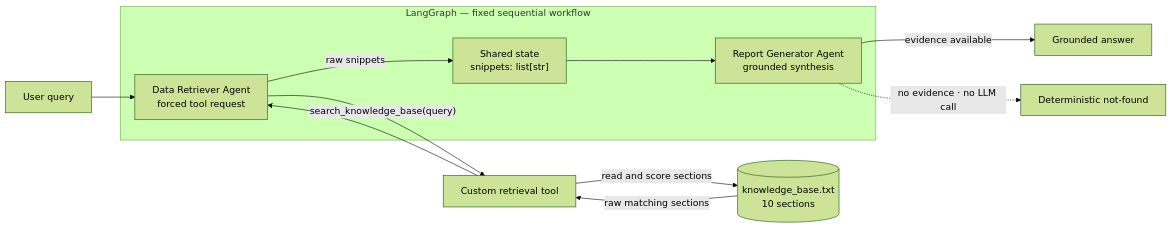
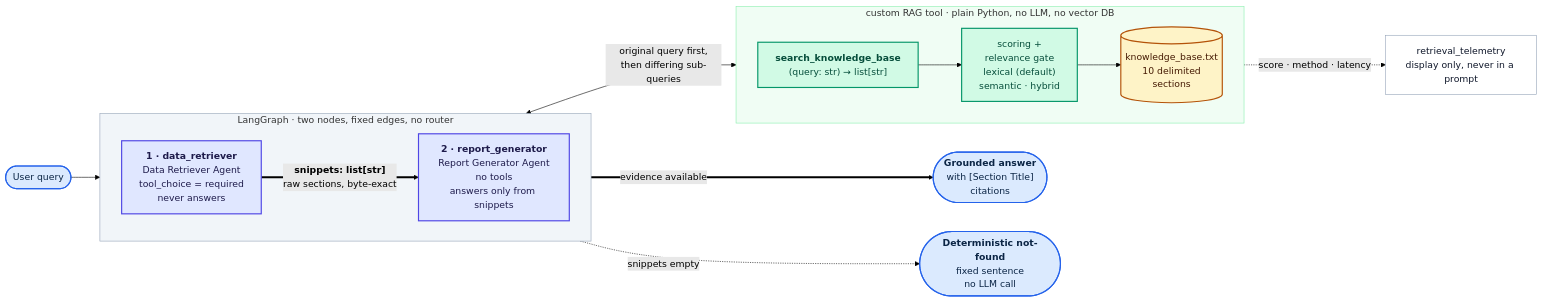
Before and after one commit to Sayomphon/Simple_Agentic_RAG: the first of 2 diagrams in README.md, drawn with Mermaid (forest theme). The commit also changed other lines of this file, not shown here.

````diff
--- a/README.md
+++ b/README.md
@@ -80,20 +255,38 @@
 ```mermaid
 flowchart LR
-    U["User query"] --> R
+    U(["User query"]) --> R
 
-    subgraph LG["LangGraph — fixed sequential workflow"]
-        R["Data Retriever Agent<br/>forced tool request"]
-        H["Shared state<br/>snippets: list[str]"]
-        G["Report Generator Agent<br/>grounded synthesis"]
-        R -->|"raw snippets"| H
-        H --> G
+    subgraph LG["LangGraph &middot; two nodes, fixed edges, no router"]
+        direction LR
+        R["<b>1 &middot; data_retriever</b><br/>Data Retriever Agent<br/>tool_choice = required<br/>never answers"]
+        G["<b>2 &middot; report_generator</b><br/>Report Generator Agent<br/>no tools<br/>answers only from snippets"]
+        R ==>|"<b>snippets: list[str]</b><br/>raw sections, byte-exact"| G
     end
 
-    R -->|"search_knowledge_base(query)"| T["Custom retrieval tool"]
-    T -->|"read and score sections"| KB[("knowledge_base.txt<br/>10 sections")]
-    KB -->|"raw matching sections"| T
-    T --> R
+    R <-->|"original query first,<br/>then differing sub-queries"| T
 
-    G -->|"evidence available"| A["Grounded answer"]
-    G -.->|"no evidence · no LLM call"| N["Deterministic not-found"]
+    subgraph TOOL["custom RAG tool &middot; plain Python, no LLM, no vector DB"]
+        direction LR
+        T["<b>search_knowledge_base</b><br/>(query: str) → list[str]"]
+        SC["scoring +<br/>relevance gate<br/>lexical (default)<br/>semantic &middot; hybrid"]
+        KB[("knowledge_base.txt<br/>10 delimited<br/>sections")]
+        T --> SC --> KB
+    end
+
+    G ==>|"evidence available"| A(["<b>Grounded answer</b><br/>with [Section Title]<br/>citations"])
+    G -.->|"snippets empty"| N(["<b>Deterministic not-found</b><br/>fixed sentence<br/>no LLM call"])
+    T -.->|"score &middot; method &middot; latency"| M["retrieval_telemetry<br/>display only, never in a prompt"]
+
+    style LG fill:#f1f5f9,stroke:#94a3b8,stroke-width:1px
+    style TOOL fill:#f0fdf4,stroke:#86efac,stroke-width:1px
+    classDef agent fill:#e0e7ff,stroke:#4f46e5,stroke-width:2px,color:#1e1b4b
+    classDef toolbox fill:#d1fae5,stroke:#059669,stroke-width:2px,color:#064e3b
+    classDef store fill:#fef3c7,stroke:#b45309,stroke-width:2px,color:#451a03
+    classDef result fill:#dbeafe,stroke:#2563eb,stroke-width:2px,color:#0b2545
+    classDef aside fill:#ffffff,stroke:#94a3b8,stroke-width:1px,color:#0f172a
+    class R,G agent
+    class T,SC toolbox
+    class KB store
+    class U,A,N result
+    class M aside
 ```
````
